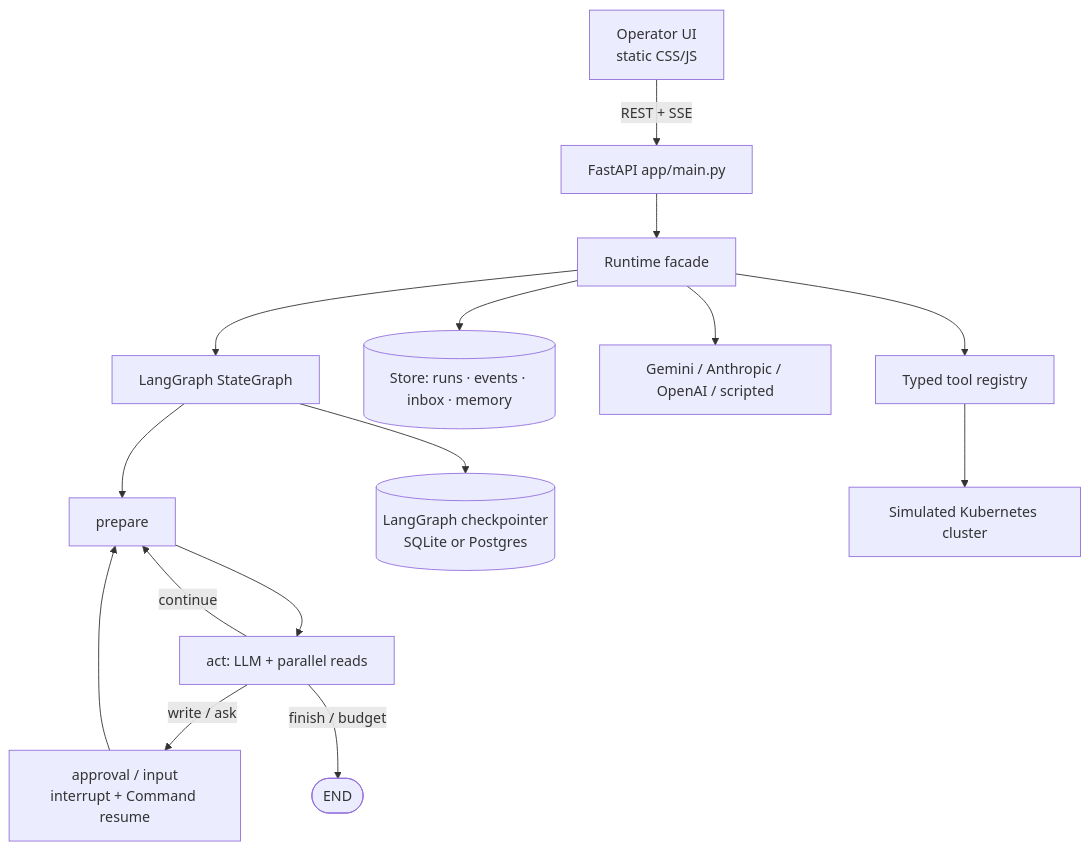
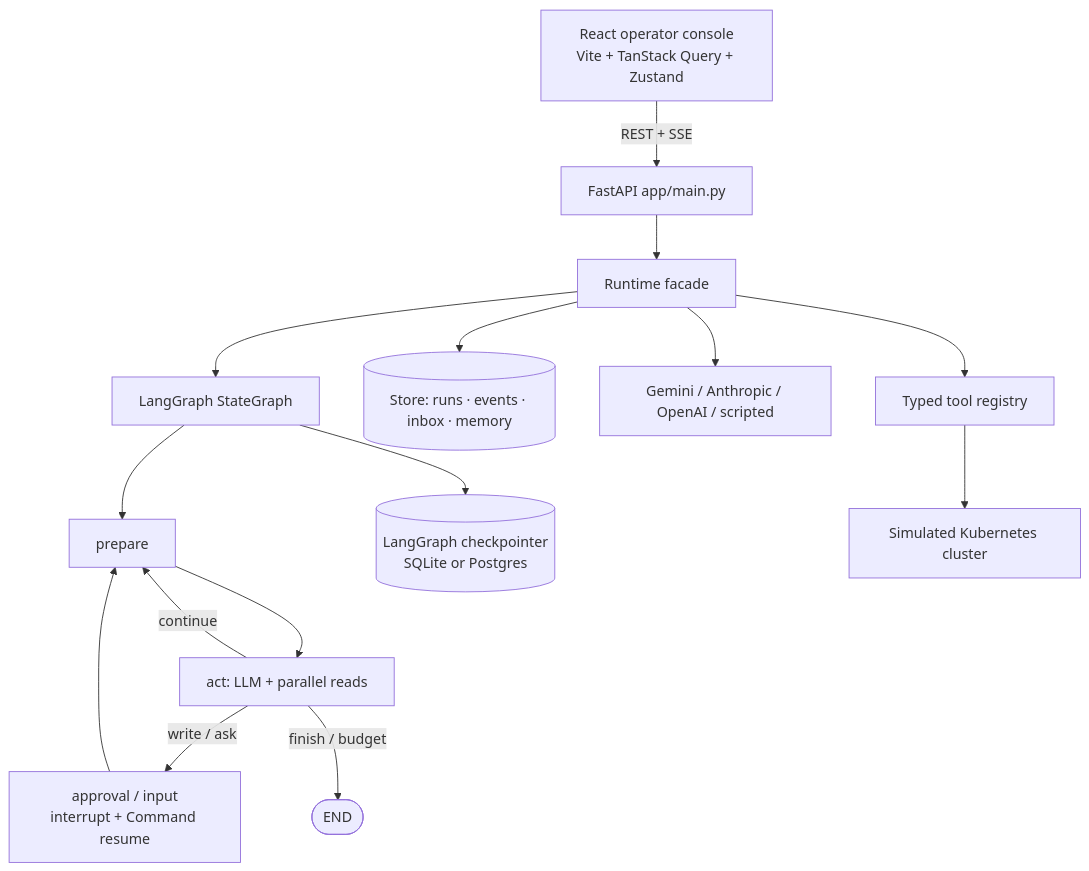
One commit to Zulfiqar7862/incident-triage-agent changed the diagram in README.md. Above: the diagram before and after it, drawn with Mermaid. The commit also changed other lines of this file and 16 other files, not shown here.

````diff
--- a/README.md
+++ b/README.md
@@ -19,17 +23,17 @@
 ```mermaid
 flowchart TD
-  UI[Operator UI<br/>static CSS/JS] -->|REST + SSE| API[FastAPI app/main.py]
+  UI[React operator console<br/>Vite + TanStack Query + Zustand] -->|REST + SSE| API[FastAPI app/main.py]
   API --> RT[Runtime facade]
   RT --> LG[LangGraph StateGraph]
   LG --> P[prepare]
   P --> A[act: LLM + parallel reads]
   A -->|write / ask| G[approval / input<br/>interrupt + Command resume]
   A -->|continue| P
   G --> P
   A -->|finish / budget| END([END])
   LG --> CP[(LangGraph checkpointer<br/>SQLite or Postgres)]
   RT --> Store[(Store: runs · events · inbox · memory)]
   RT --> LLM[Gemini / Anthropic / OpenAI / scripted]
   RT --> Tools[Typed tool registry]
   Tools --> Sim[Simulated Kubernetes cluster]
 ```
````
